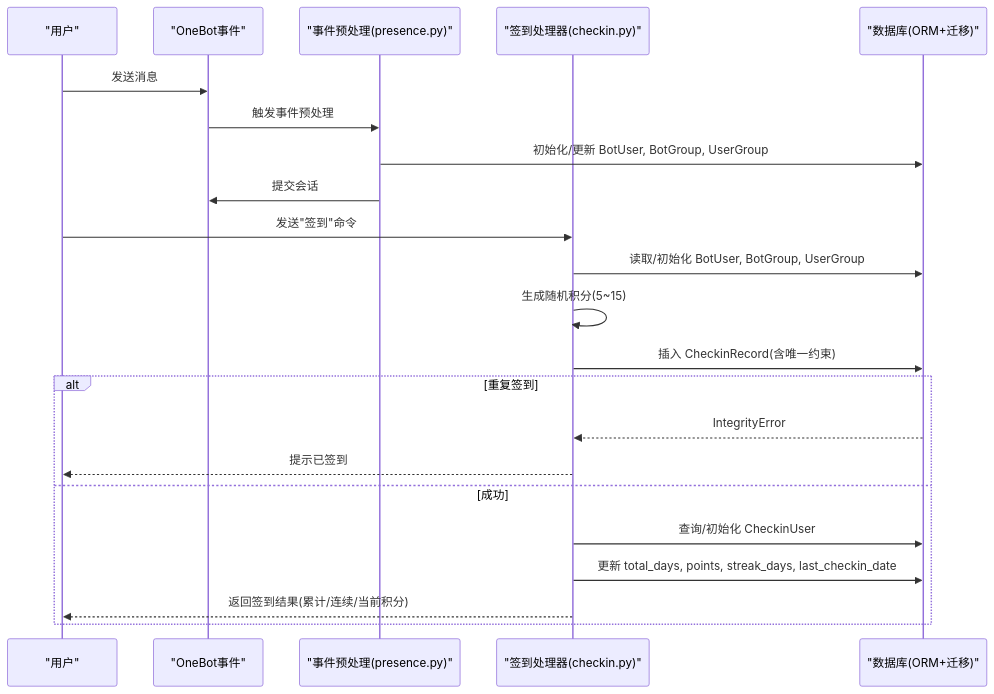
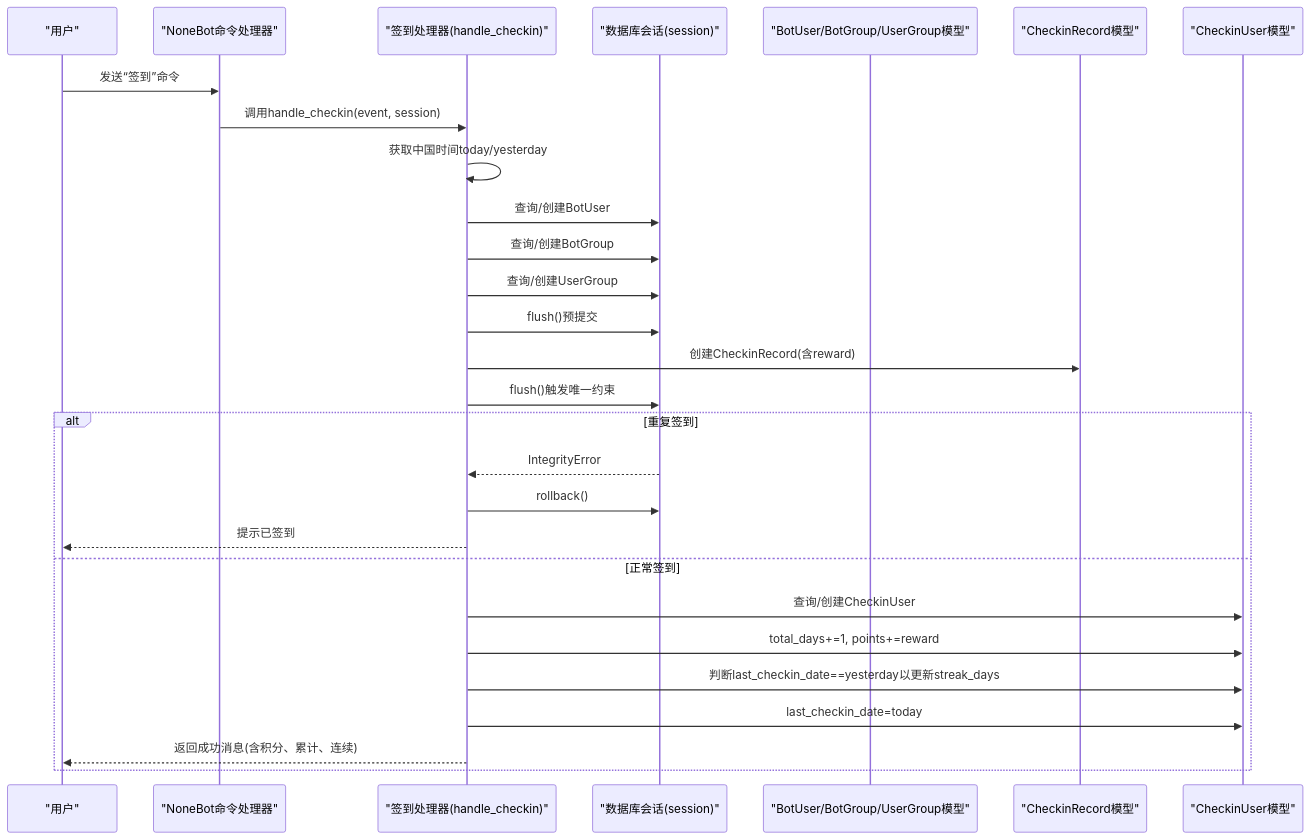
Before and after one commit to Wohaokunr/yawn_bot: the second of 5 diagrams in .qoder/repowiki/zh/content/核心功能模块/签到系统.md, drawn with Mermaid. The commit also changed other lines of this file and 60 other files, not shown here.

````diff
--- a/.qoder/repowiki/zh/content/核心功能模块/签到系统.md
+++ b/.qoder/repowiki/zh/content/核心功能模块/签到系统.md
@@ -127,24 +117,30 @@
 ```mermaid
 sequenceDiagram
 participant U as "用户"
-participant OB as "OneBot事件"
-participant PP as "事件预处理(presence.py)"
-participant CH as "签到处理器(checkin.py)"
-participant DB as "数据库(ORM+迁移)"
-U->>OB : 发送消息
-OB->>PP : 触发事件预处理
-PP->>DB : 初始化/更新 BotUser, BotGroup, UserGroup
-PP->>OB : 提交会话
-U->>CH : 发送"签到"命令
-CH->>DB : 读取/初始化 BotUser, BotGroup, UserGroup
-CH->>CH : 生成随机积分(5~15)
-CH->>DB : 插入 CheckinRecord(含唯一约束)
+participant NB as "NoneBot命令处理器"
+participant CK as "签到处理器(handle_checkin)"
+participant DB as "数据库会话(session)"
+participant BM as "BotUser/BotGroup/UserGroup模型"
+participant CR as "CheckinRecord模型"
+participant CU as "CheckinUser模型"
+U->>NB : 发送“签到”命令
+NB->>CK : 调用handle_checkin(event, session)
+CK->>CK : 获取中国时间today/yesterday
+CK->>DB : 查询/创建BotUser
+CK->>DB : 查询/创建BotGroup
+CK->>DB : 查询/创建UserGroup
+CK->>DB : flush()预提交
+CK->>CR : 创建CheckinRecord(含reward)
+CK->>DB : flush()触发唯一约束
 alt 重复签到
-DB-->>CH : IntegrityError
-CH-->>U : 提示已签到
-else 成功
-CH->>DB : 查询/初始化 CheckinUser
-CH->>DB : 更新 total_days, points, streak_days, last_checkin_date
-CH-->>U : 返回签到结果(累计/连续/当前积分)
+DB-->>CK : IntegrityError
+CK->>DB : rollback()
+CK-->>U : 提示已签到
+else 正常签到
+CK->>CU : 查询/创建CheckinUser
+CK->>CU : total_days+=1, points+=reward
+CK->>CU : 判断last_checkin_date==yesterday以更新streak_days
+CK->>CU : last_checkin_date=today
+CK-->>U : 返回成功消息(含积分、累计、连续)
 end
 ```
````
